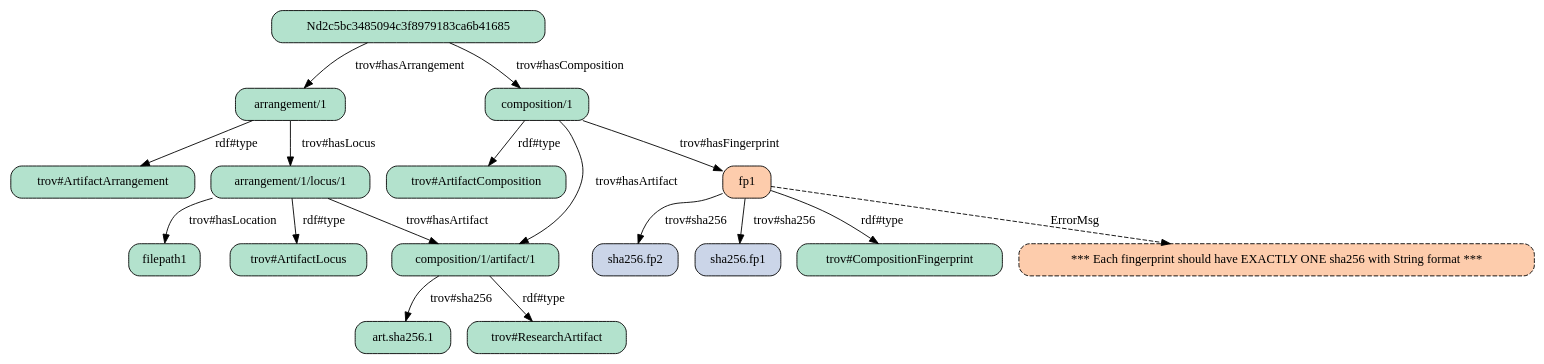
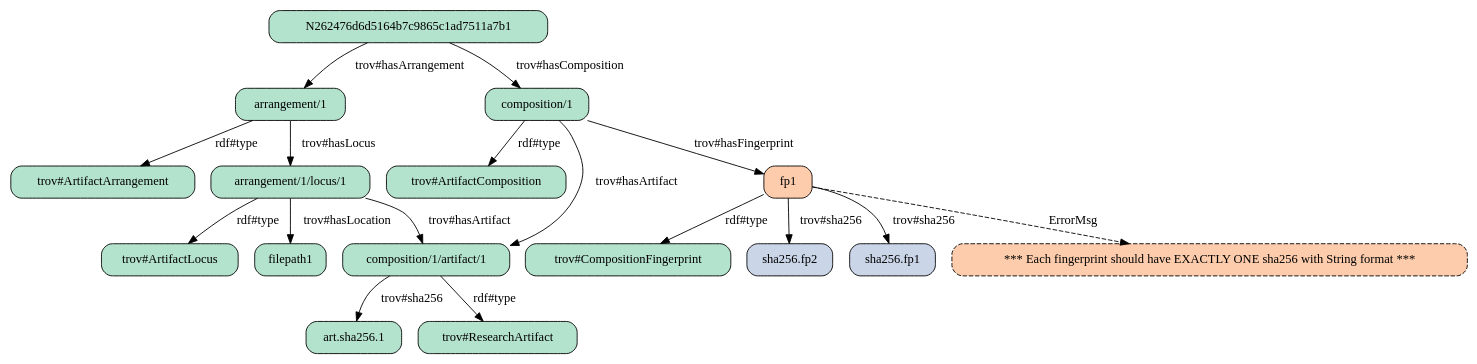
The diagram in demo/02-explorations/12-validate-jsonld/07-report-rdfvr/products/tro5.png.dot (repros-dev/trace-model), drawn with Graphviz before and after one commit. The commit also changed 166 other files, not shown here.

```diff
--- a/demo/02-explorations/12-validate-jsonld/07-report-rdfvr/products/tro5.png.dot
+++ b/demo/02-explorations/12-validate-jsonld/07-report-rdfvr/products/tro5.png.dot
@@ -1,67 +1,67 @@
 strict digraph "" {
+	"arrangement/1"	[fillcolor="#b3e2cd",
+		shape=box,
+		style="filled, rounded"];
 	"arrangement/1/locus/1"	[fillcolor="#b3e2cd",
 		shape=box,
 		style="filled, rounded"];
-	"trov#ArtifactLocus"	[fillcolor="#b3e2cd",
+	"arrangement/1" -> "arrangement/1/locus/1"	[label="trov#hasLocus"];
+	"trov#ArtifactArrangement"	[fillcolor="#b3e2cd",
 		shape=box,
 		style="filled, rounded"];
-	"arrangement/1/locus/1" -> "trov#ArtifactLocus"	[label="rdf#type"];
+	"arrangement/1" -> "trov#ArtifactArrangement"	[label="rdf#type"];
 	"composition/1/artifact/1"	[fillcolor="#b3e2cd",
 		shape=box,
 		style="filled, rounded"];
 	"arrangement/1/locus/1" -> "composition/1/artifact/1"	[label="trov#hasArtifact"];
 	filepath1	[fillcolor="#b3e2cd",
 		shape=box,
 		style="filled, rounded"];
 	"arrangement/1/locus/1" -> filepath1	[label="trov#hasLocation"];
+	"trov#ArtifactLocus"	[fillcolor="#b3e2cd",
+		shape=box,
+		style="filled, rounded"];
+	"arrangement/1/locus/1" -> "trov#ArtifactLocus"	[label="rdf#type"];
 	fp1	[fillcolor="#fdccac",
 		shape=box,
 		style="filled, rounded"];
+	"trov#CompositionFingerprint"	[fillcolor="#b3e2cd",
+		shape=box,
+		style="filled, rounded"];
+	fp1 -> "trov#CompositionFingerprint"	[label="rdf#type"];
 	"sha256.fp2"	[fillcolor="#cbd5e8",
 		shape=box,
 		style="filled, rounded"];
 	fp1 -> "sha256.fp2"	[label="trov#sha256"];
 	"sha256.fp1"	[fillcolor="#cbd5e8",
 		shape=box,
 		style="filled, rounded"];
 	fp1 -> "sha256.fp1"	[label="trov#sha256"];
-	"trov#CompositionFingerprint"	[fillcolor="#b3e2cd",
-		shape=box,
-		style="filled, rounded"];
-	fp1 -> "trov#CompositionFingerprint"	[label="rdf#type"];
 	"*** Each fingerprint should have EXACTLY ONE sha256 with String format ***"	[fillcolor="#fdccac",
 		shape=box,
 		style="filled, rounded, dashed"];
 	fp1 -> "*** Each fingerprint should have EXACTLY ONE sha256 with String format ***"	[label=ErrorMsg,
 		style=dashed];
-	"arrangement/1"	[fillcolor="#b3e2cd",
-		shape=box,
-		style="filled, rounded"];
-	"arrangement/1" -> "arrangement/1/locus/1"	[label="trov#hasLocus"];
-	"trov#ArtifactArrangement"	[fillcolor="#b3e2cd",
-		shape=box,
-		style="filled, rounded"];
-	"arrangement/1" -> "trov#ArtifactArrangement"	[label="rdf#type"];
-	Nd2c5bc3485094c3f8979183ca6b41685	[fillcolor="#b3e2cd",
-		shape=box,
-		style="filled, rounded"];
-	Nd2c5bc3485094c3f8979183ca6b41685 -> "arrangement/1"	[label="trov#hasArrangement"];
 	"composition/1"	[fillcolor="#b3e2cd",
 		shape=box,
 		style="filled, rounded"];
-	Nd2c5bc3485094c3f8979183ca6b41685 -> "composition/1"	[label="trov#hasComposition"];
 	"composition/1" -> fp1	[label="trov#hasFingerprint"];
+	"composition/1" -> "composition/1/artifact/1"	[label="trov#hasArtifact"];
 	"trov#ArtifactComposition"	[fillcolor="#b3e2cd",
 		shape=box,
 		style="filled, rounded"];
 	"composition/1" -> "trov#ArtifactComposition"	[label="rdf#type"];
-	"composition/1" -> "composition/1/artifact/1"	[label="trov#hasArtifact"];
 	"art.sha256.1"	[fillcolor="#b3e2cd",
 		shape=box,
 		style="filled, rounded"];
 	"composition/1/artifact/1" -> "art.sha256.1"	[label="trov#sha256"];
 	"trov#ResearchArtifact"	[fillcolor="#b3e2cd",
 		shape=box,
 		style="filled, rounded"];
 	"composition/1/artifact/1" -> "trov#ResearchArtifact"	[label="rdf#type"];
+	N262476d6d5164b7c9865c1ad7511a7b1	[fillcolor="#b3e2cd",
+		shape=box,
+		style="filled, rounded"];
+	N262476d6d5164b7c9865c1ad7511a7b1 -> "arrangement/1"	[label="trov#hasArrangement"];
+	N262476d6d5164b7c9865c1ad7511a7b1 -> "composition/1"	[label="trov#hasComposition"];
 }
```
